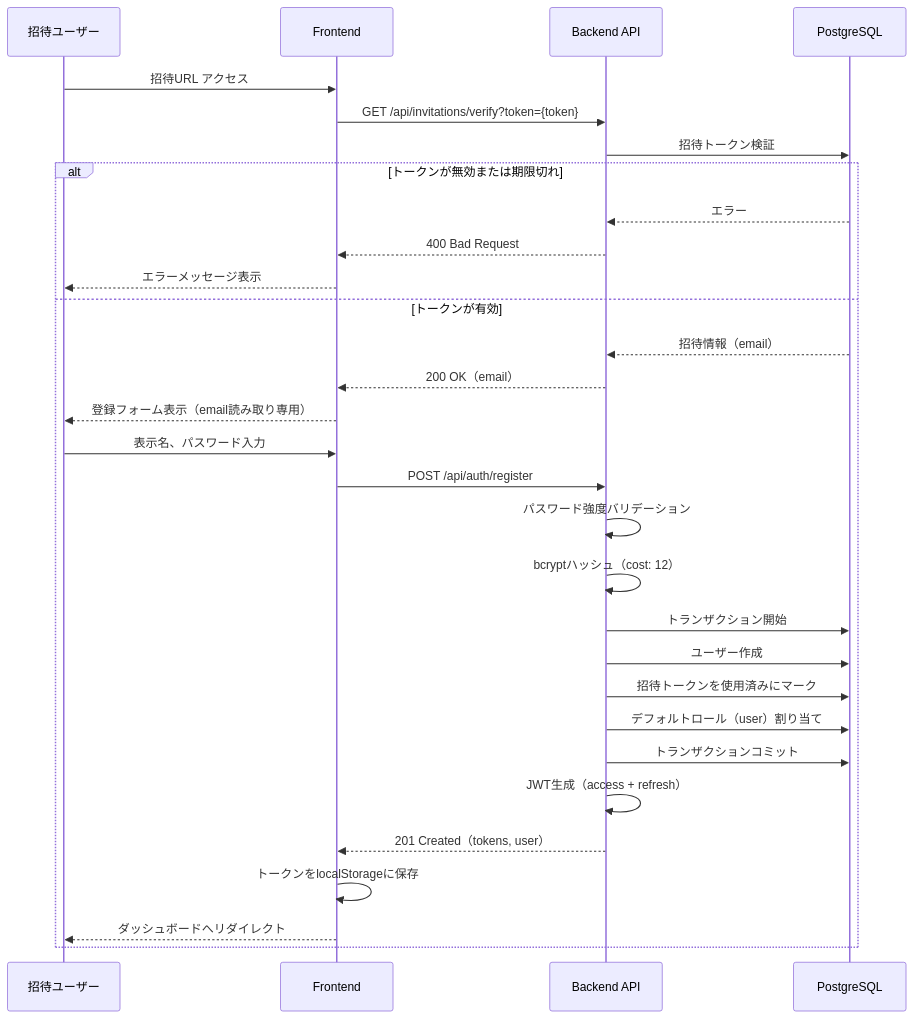
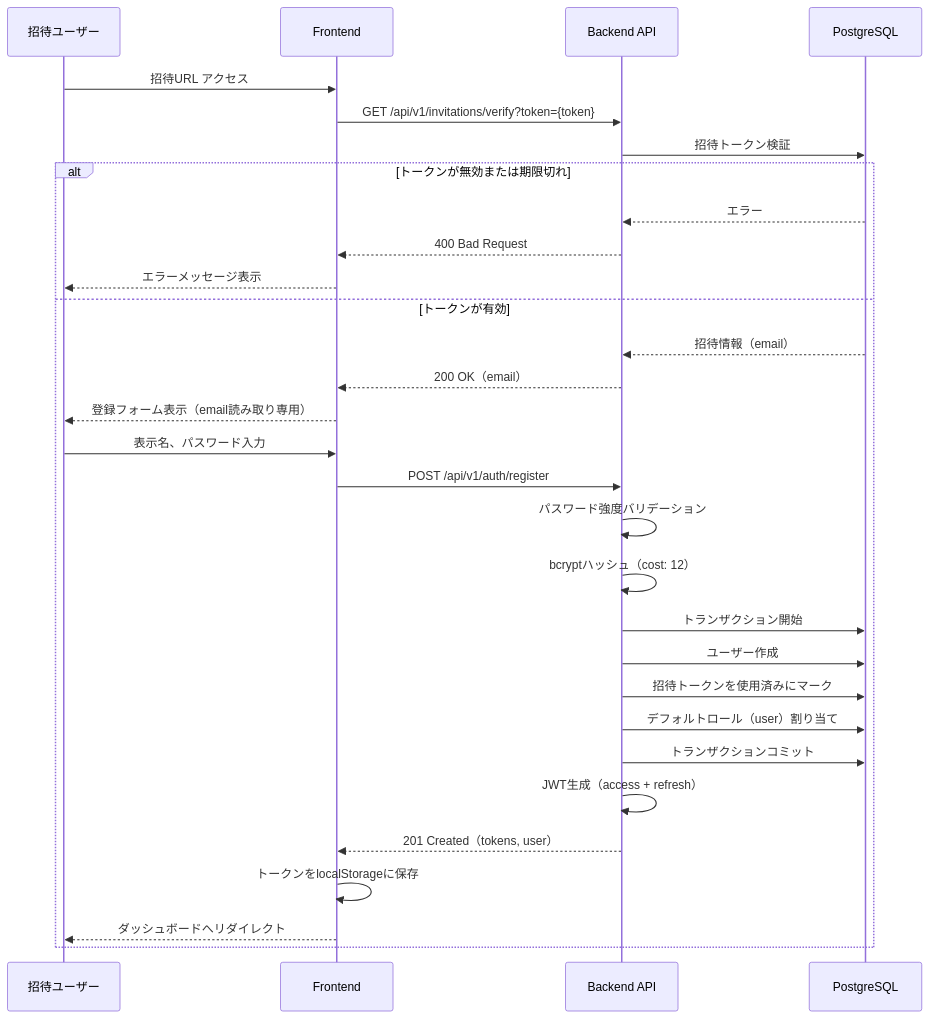
The third of 12 diagrams in .kiro/specs/user-authentication/design.md (inakanou/ArchiTrack), drawn with Mermaid before and after one commit. The commit also changed other lines of this file and 1 other file, not shown here.

````diff
--- a/.kiro/specs/user-authentication/design.md
+++ b/.kiro/specs/user-authentication/design.md
@@ -287,34 +452,34 @@
 ```mermaid
 sequenceDiagram
     participant User as 招待ユーザー
     participant Frontend as Frontend
     participant Backend as Backend API
     participant DB as PostgreSQL
 
     User->>Frontend: 招待URL アクセス
-    Frontend->>Backend: GET /api/invitations/verify?token={token}
+    Frontend->>Backend: GET /api/v1/invitations/verify?token={token}
     Backend->>DB: 招待トークン検証
     alt トークンが無効または期限切れ
         DB-->>Backend: エラー
         Backend-->>Frontend: 400 Bad Request
         Frontend-->>User: エラーメッセージ表示
     else トークンが有効
         DB-->>Backend: 招待情報（email）
         Backend-->>Frontend: 200 OK（email）
         Frontend-->>User: 登録フォーム表示（email読み取り専用）
 
         User->>Frontend: 表示名、パスワード入力
-        Frontend->>Backend: POST /api/auth/register
+        Frontend->>Backend: POST /api/v1/auth/register
         Backend->>Backend: パスワード強度バリデーション
         Backend->>Backend: bcryptハッシュ（cost: 12）
         Backend->>DB: トランザクション開始
         Backend->>DB: ユーザー作成
         Backend->>DB: 招待トークンを使用済みにマーク
         Backend->>DB: デフォルトロール（user）割り当て
         Backend->>DB: トランザクションコミット
         Backend->>Backend: JWT生成（access + refresh）
         Backend-->>Frontend: 201 Created（tokens, user）
         Frontend->>Frontend: トークンをlocalStorageに保存
         Frontend-->>User: ダッシュボードへリダイレクト
     end
 ```
````
